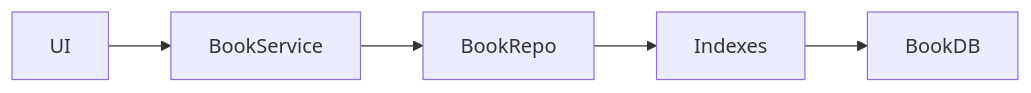
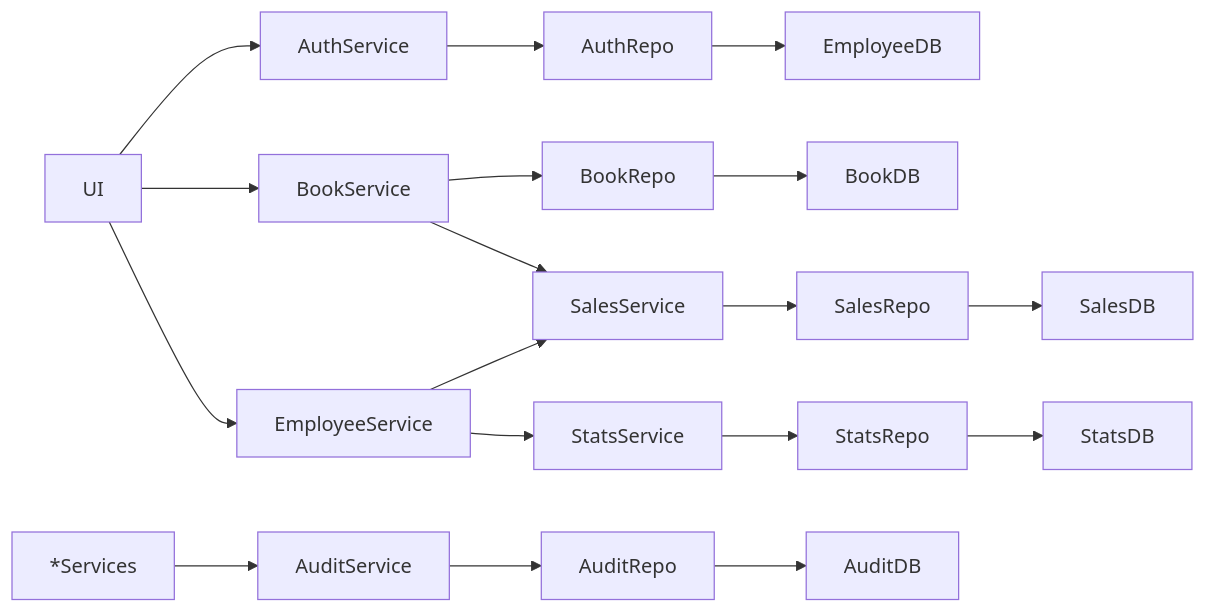
One commit to Apameus/Bookly changed the first of 10 diagrams in docs/high_level_architecture.md. Above: the diagram before and after it, drawn with Mermaid. The commit also changed other lines of this file and 5 other files, not shown here.

````diff
--- a/docs/high_level_architecture.md
+++ b/docs/high_level_architecture.md
@@ -2,4 +2,10 @@
 ```mermaid
 flowchart LR
-    UI --> BS[BookService] --> BR[BookRepo] --> I[Indexes] --> DB[BookDB] 
+    UI --> AS[AuthService] --> AR[AuthRepo] --> EDB[EmployeeDB]
+    UI --> BS[BookService] --> BR[BookRepo] --> BDB[BookDB]
+    BS --> SLS
+    ES --> SLS[SalesService] --> SLR[SalesRepo] --> SLDB[SalesDB]
+    UI --> ES[EmployeeService] --> SS[StatsService] --> SR[StatsRepo] --> SDB[StatsDB]
+    
+    *Services --> AUS[AuditService] --> AUR[AuditRepo] --> ADB[AuditDB]
 ```
````
